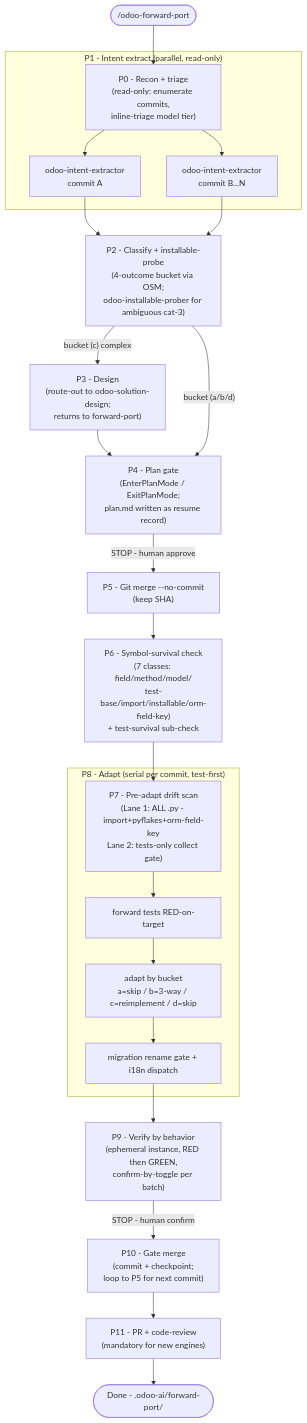
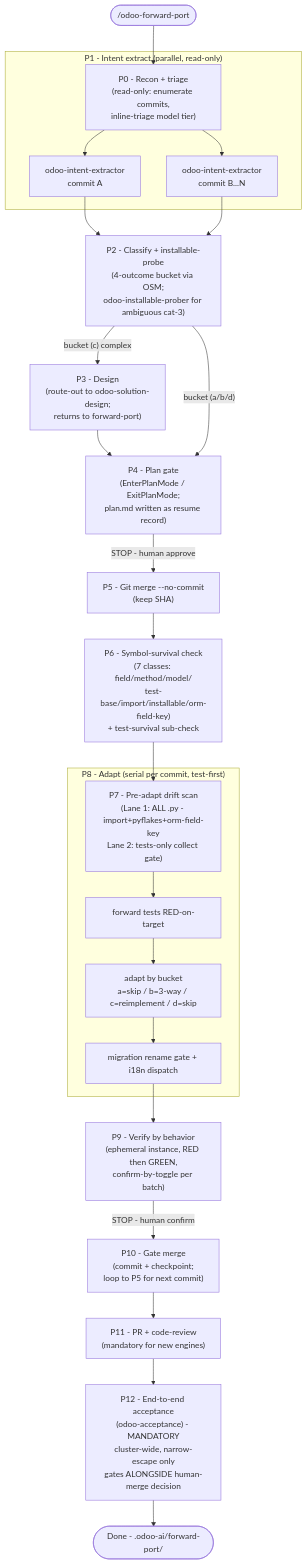
Before and after one commit to Viindoo/odoo-mcp-client: the fifth of 8 diagrams in plugins/odoo-ai-agents/README.md, drawn with Mermaid. The commit also changed other lines of this file and 3 other files, not shown here.

First line of the commit message:
docs: upgrade/forward-port acceptance + map + changelog

````diff
--- a/plugins/odoo-ai-agents/README.md
+++ b/plugins/odoo-ai-agents/README.md
@@ -368,32 +369,33 @@
 ```mermaid
 flowchart TD
     START(["/odoo-forward-port"])
     START --> P0["P0 - Recon + triage<br/>(read-only: enumerate commits,<br/>inline-triage model tier)"]
 
     subgraph P1_grp["P1 - Intent extract (parallel, read-only)"]
         P0 --> IE1["odoo-intent-extractor<br/>commit A"]
         P0 --> IE2["odoo-intent-extractor<br/>commit B...N"]
     end
 
     IE1 --> P2["P2 - Classify + installable-probe<br/>(4-outcome bucket via OSM;<br/>odoo-installable-prober for ambiguous cat-3)"]
     IE2 --> P2
 
     P2 -->|"bucket (c) complex"| P3["P3 - Design<br/>(route-out to odoo-solution-design;<br/>returns to forward-port)"]
     P3 --> P4_gate
     P2 -->|"bucket (a/b/d)"| P4_gate["P4 - Plan gate<br/>(EnterPlanMode / ExitPlanMode;<br/>plan.md written as resume record)"]
     P4_gate -->|"STOP - human approve"| P5["P5 - Git merge --no-commit<br/>(keep SHA)"]
 
     P5 --> P6["P6 - Symbol-survival check<br/>(7 classes: field/method/model/<br/>test-base/import/installable/orm-field-key)<br/>+ test-survival sub-check"]
     P6 --> P7["P7 - Pre-adapt drift scan<br/>(Lane 1: ALL .py - import+pyflakes+orm-field-key<br/>Lane 2: tests-only collect gate)"]
 
     subgraph P8_grp["P8 - Adapt (serial per commit, test-first)"]
         P7 --> PA["forward tests RED-on-target"]
         PA --> PB["adapt by bucket<br/>a=skip / b=3-way / c=reimplement / d=skip"]
         PB --> PC["migration rename gate + i18n dispatch"]
     end
 
     PC --> P9["P9 - Verify by behavior<br/>(ephemeral instance, RED then GREEN,<br/>confirm-by-toggle per batch)"]
     P9 -->|"STOP - human confirm"| P10["P10 - Gate merge<br/>(commit + checkpoint;<br/>loop to P5 for next commit)"]
     P10 --> P11["P11 - PR + code-review<br/>(mandatory for new engines)"]
-    P11 --> DONE(["Done - .odoo-ai/forward-port/"])
+    P11 --> P12["P12 - End-to-end acceptance<br/>(odoo-acceptance) - MANDATORY<br/>cluster-wide, narrow-escape only<br/>gates ALONGSIDE human-merge decision"]
+    P12 --> DONE(["Done - .odoo-ai/forward-port/"])
 ```
````
